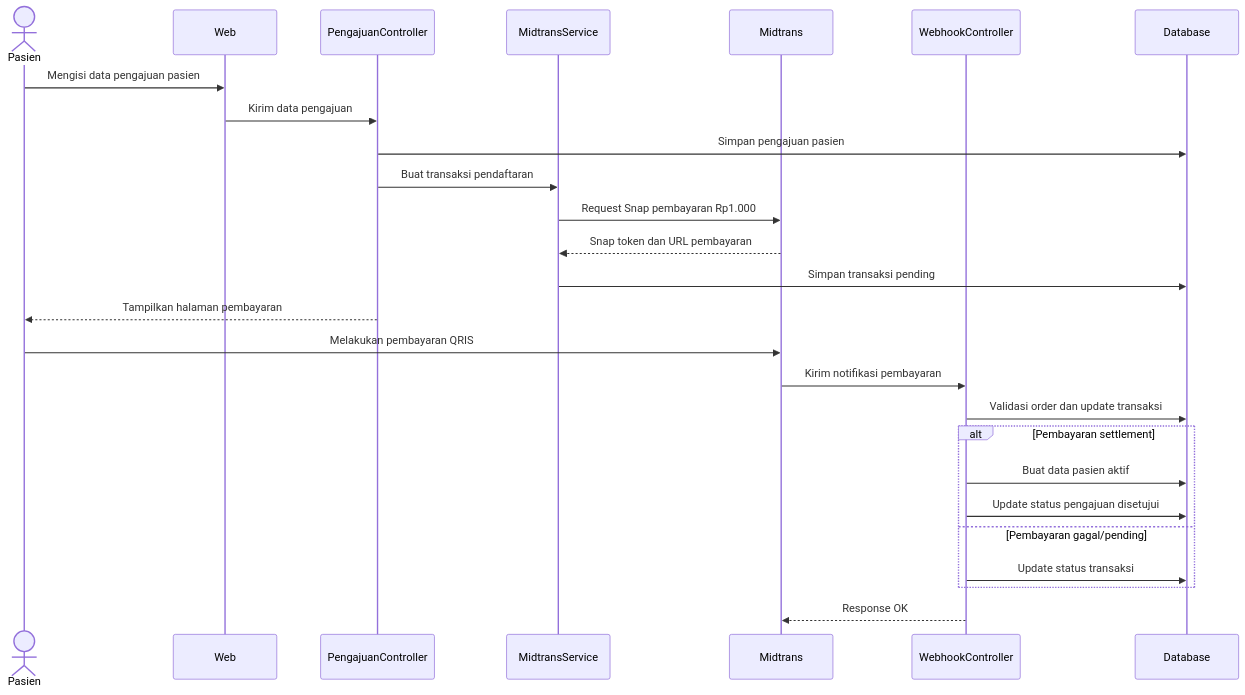
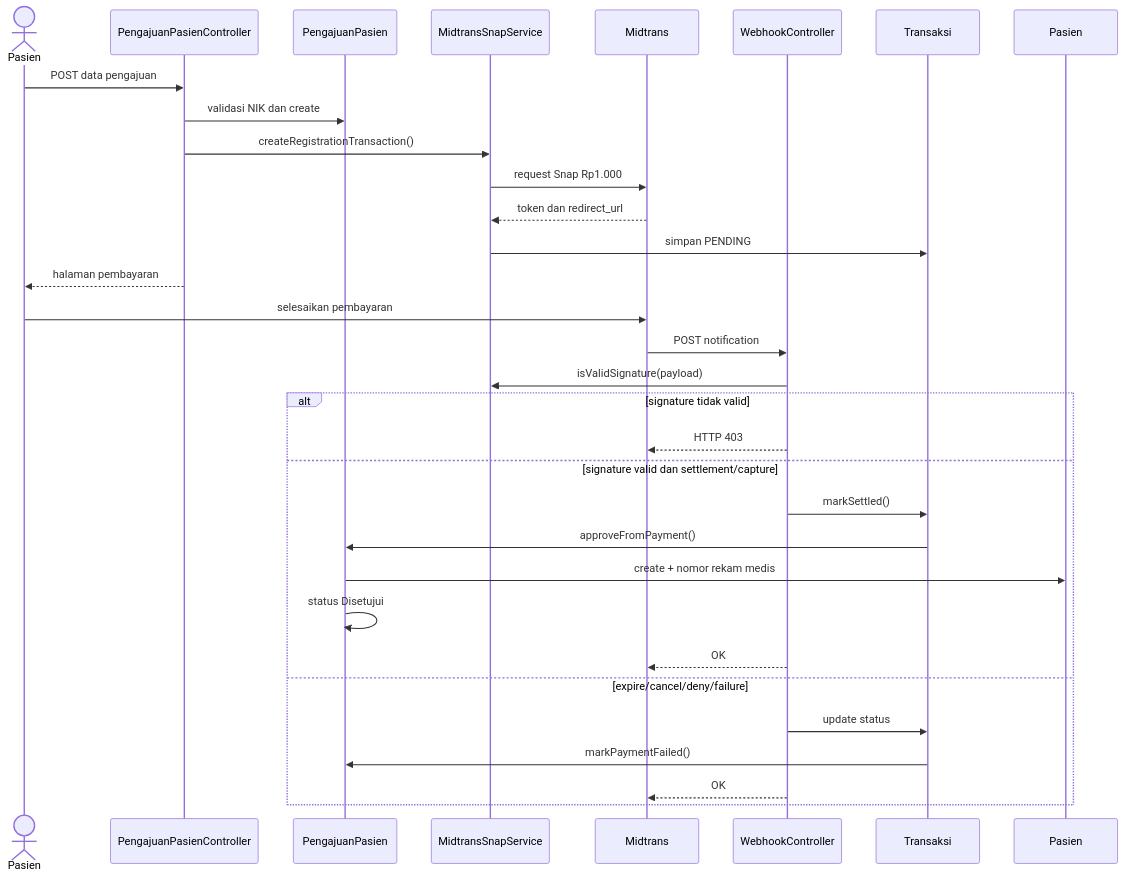
Before and after one commit to Faathir81/Sistem-Informasi-Klinik: the second of 7 diagrams in dokumentasi/spesifikasi-proyek/sequence-diagrams.md, drawn with Mermaid. The commit also changed other lines of this file and 5 other files, not shown here.

Commit message:
docs: align project specifications and diagrams with current implementation

````diff
--- a/dokumentasi/spesifikasi-proyek/sequence-diagrams.md
+++ b/dokumentasi/spesifikasi-proyek/sequence-diagrams.md
@@ -32,30 +36,35 @@
 ```mermaid
 sequenceDiagram
     actor Pasien
-    participant Web
-    participant PengajuanController
-    participant MidtransService
+    participant Controller as PengajuanPasienController
+    participant Pengajuan as PengajuanPasien
+    participant Snap as MidtransSnapService
     participant Midtrans
-    participant WebhookController
-    participant Database
+    participant Webhook as WebhookController
+    participant Transaksi
+    participant PasienModel as Pasien
 
-    Pasien->>Web: Mengisi data pengajuan pasien
-    Web->>PengajuanController: Kirim data pengajuan
-    PengajuanController->>Database: Simpan pengajuan pasien
-    PengajuanController->>MidtransService: Buat transaksi pendaftaran
-    MidtransService->>Midtrans: Request Snap pembayaran Rp1.000
-    Midtrans-->>MidtransService: Snap token dan URL pembayaran
-    MidtransService->>Database: Simpan transaksi pending
-    PengajuanController-->>Pasien: Tampilkan halaman pembayaran
-
-    Pasien->>Midtrans: Melakukan pembayaran QRIS
-    Midtrans->>WebhookController: Kirim notifikasi pembayaran
-    WebhookController->>Database: Validasi order dan update transaksi
-    alt Pembayaran settlement
-        WebhookController->>Database: Buat data pasien aktif
-        WebhookController->>Database: Update status pengajuan disetujui
-    else Pembayaran gagal/pending
-        WebhookController->>Database: Update status transaksi
+    Pasien->>Controller: POST data pengajuan
+    Controller->>Pengajuan: validasi NIK dan create
+    Controller->>Snap: createRegistrationTransaction()
+    Snap->>Midtrans: request Snap Rp1.000
+    Midtrans-->>Snap: token dan redirect_url
+    Snap->>Transaksi: simpan PENDING
+    Controller-->>Pasien: halaman pembayaran
+    Pasien->>Midtrans: selesaikan pembayaran
+    Midtrans->>Webhook: POST notification
+    Webhook->>Snap: isValidSignature(payload)
+    alt signature tidak valid
+        Webhook-->>Midtrans: HTTP 403
+    else signature valid dan settlement/capture
+        Webhook->>Transaksi: markSettled()
+        Transaksi->>Pengajuan: approveFromPayment()
+        Pengajuan->>PasienModel: create + nomor rekam medis
+        Pengajuan->>Pengajuan: status Disetujui
+        Webhook-->>Midtrans: OK
+    else expire/cancel/deny/failure
+        Webhook->>Transaksi: update status
+        Transaksi->>Pengajuan: markPaymentFailed()
+        Webhook-->>Midtrans: OK
     end
-    WebhookController-->>Midtrans: Response OK
 ```
````
